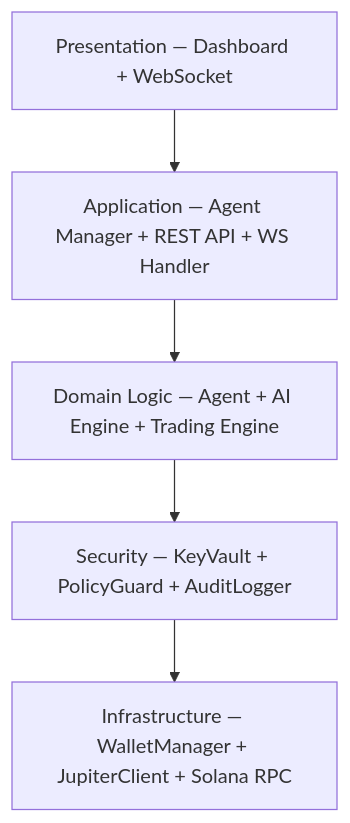
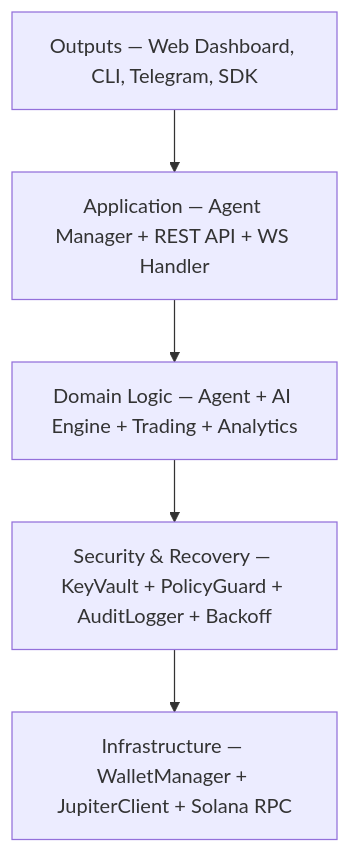
Before and after one commit to thetruesammyjay/bridle: the fifth of 7 diagrams in DEEP_DIVE.md, drawn with Mermaid. The commit also changed other lines of this file and 4 other files, not shown here.

Commit message:
docs: update architecture diagrams and inject new dashboard screenshots

````diff
--- a/DEEP_DIVE.md
+++ b/DEEP_DIVE.md
@@ -203,10 +203,10 @@
 ```mermaid
 flowchart TD
-    P["Presentation — Dashboard + WebSocket"]
+    O["Outputs — Web Dashboard, CLI, Telegram, SDK"]
     A["Application — Agent Manager + REST API + WS Handler"]
-    D["Domain Logic — Agent + AI Engine + Trading Engine"]
-    S["Security — KeyVault + PolicyGuard + AuditLogger"]
+    D["Domain Logic — Agent + AI Engine + Trading + Analytics"]
+    S["Security & Recovery — KeyVault + PolicyGuard + AuditLogger + Backoff"]
     I["Infrastructure — WalletManager + JupiterClient + Solana RPC"]
 
-    P --> A --> D --> S --> I
+    O --> A --> D --> S --> I
 ```
````
